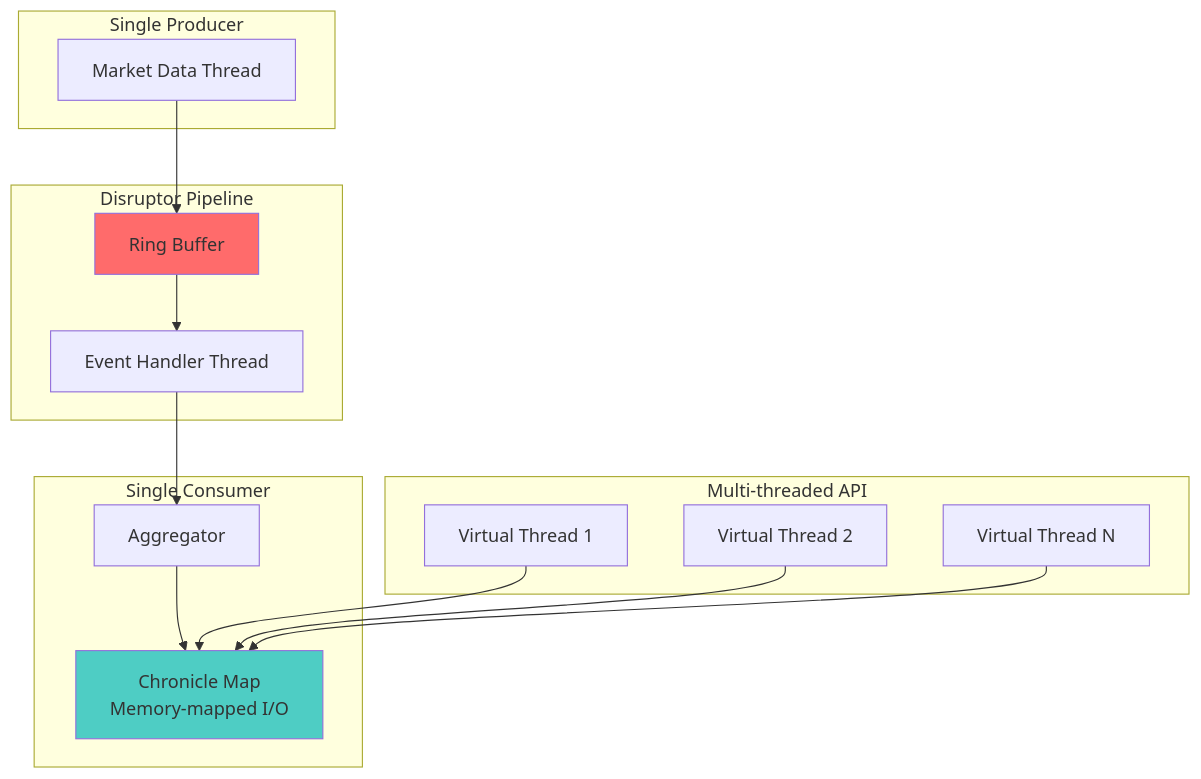
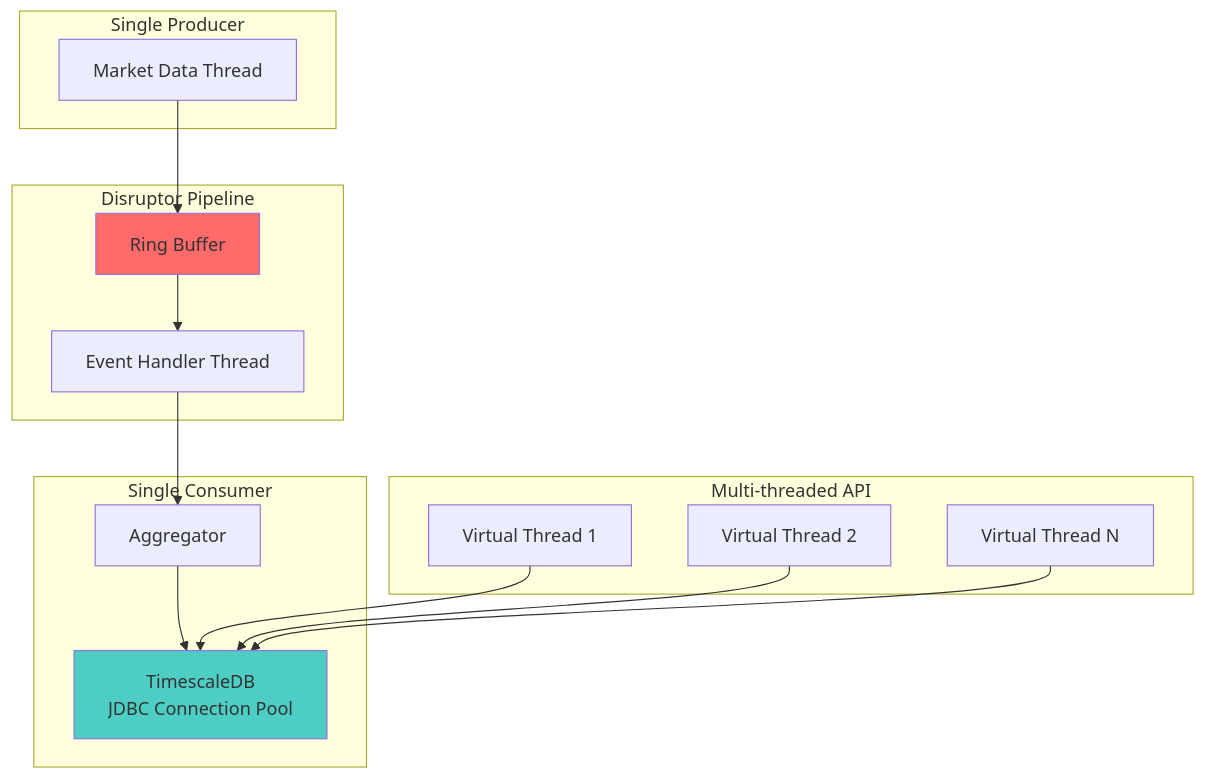
One commit to 0xkanth/candle-aggregation-service changed the ninth of 9 diagrams in README.md. Above: the diagram before and after it, drawn with Mermaid. The commit also changed other lines of this file and 26 other files, not shown here.

Commit message:
doc: remove references of chronicleMap and update references to timescale db (#1)

````diff
--- a/README.md
+++ b/README.md
@@ -563,29 +552,29 @@
 ```mermaid
 graph TB
     subgraph "Single Producer"
         MP[Market Data Thread]
     end
     
     subgraph "Disruptor Pipeline"
         MP --> RB[Ring Buffer]
         RB --> EH[Event Handler Thread]
     end
     
     subgraph "Single Consumer"
         EH --> AGG[Aggregator]
-        AGG --> CM[Chronicle Map<br/>Memory-mapped I/O]
+        AGG --> TS[TimescaleDB<br/>JDBC Connection Pool]
     end
     
     subgraph "Multi-threaded API"
         VT1[Virtual Thread 1]
         VT2[Virtual Thread 2]
         VTN[Virtual Thread N]
     end
     
-    VT1 --> CM
-    VT2 --> CM
-    VTN --> CM
+    VT1 --> TS
+    VT2 --> TS
+    VTN --> TS
     
     style RB fill:#ff6b6b
-    style CM fill:#4ecdc4
+    style TS fill:#4ecdc4
 ```
````
